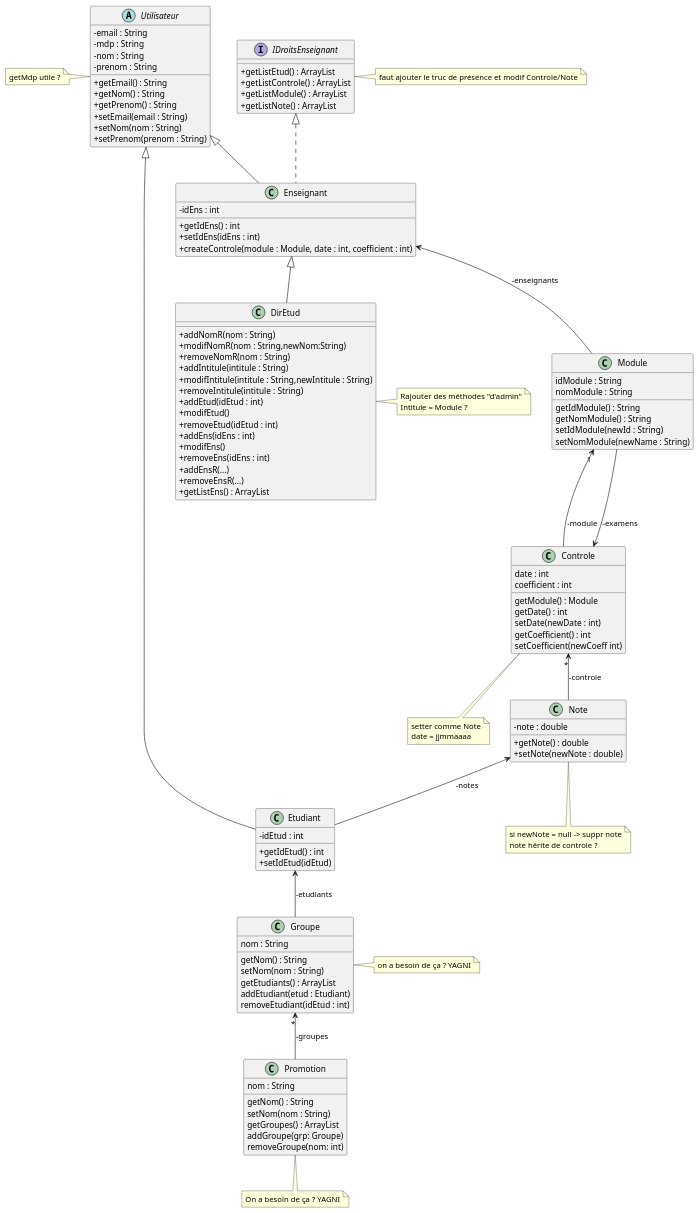
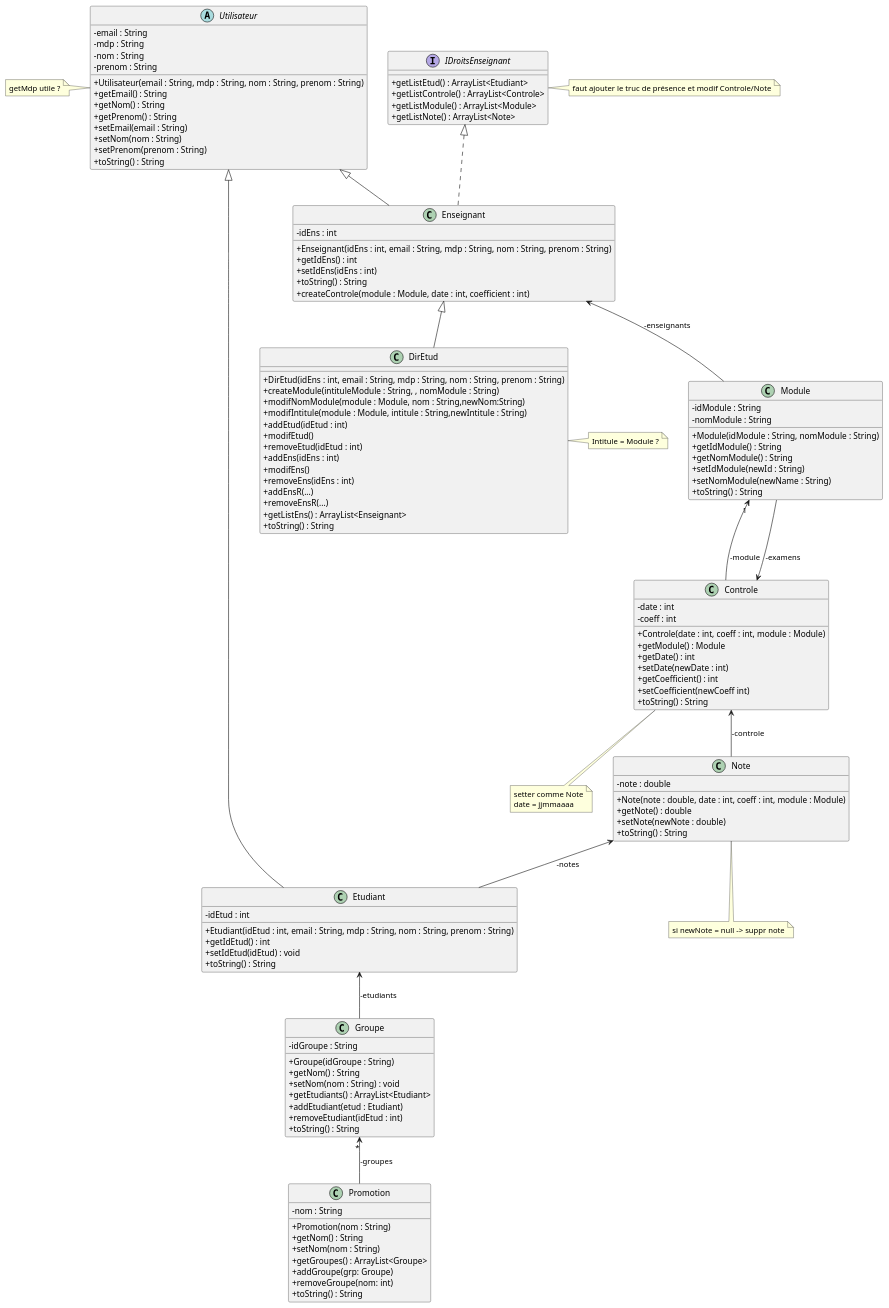
One commit to Lohasta/Kallax changed the diagram in s201_UML.md. Above: the diagram before and after it, drawn with PlantUML.

Commit message:
Update UML

```diff
--- a/s201_UML.md
+++ b/s201_UML.md
@@ -5,45 +5,48 @@
 -mdp : String
 -nom : String
 -prenom : String
++Utilisateur(email : String, mdp : String, nom : String, prenom : String)
 +getEmail() : String
 +getNom() : String
 +getPrenom() : String
 +setEmail(email : String)
 +setNom(nom : String)
 +setPrenom(prenom : String)
++toString() : String
 }
 note left of Utilisateur{
 getMdp utile ?
 }
 interface IDroitsEnseignant{
-+getListEtud() : ArrayList
-+getListControle() : ArrayList
-+getListModule() : ArrayList
-+getListNote() : ArrayList
++getListEtud() : ArrayList<Etudiant>
++getListControle() : ArrayList<Controle>
++getListModule() : ArrayList<Module>
++getListNote() : ArrayList<Note>
 }
 note right of IDroitsEnseignant{
 faut ajouter le truc de présence et modif Controle/Note
 }
 class Etudiant{
 -idEtud : int
++Etudiant(idEtud : int, email : String, mdp : String, nom : String, prenom : String)
 +getIdEtud() : int
-+setIdEtud(idEtud)
++setIdEtud(idEtud) : void
++toString() : String
 }
-
-
 class Enseignant{
 -idEns : int
++Enseignant(idEns : int, email : String, mdp : String, nom : String, prenom : String)
 +getIdEns() : int
 +setIdEns(idEns : int)
++toString() : String
 +createControle(module : Module, date : int, coefficient : int)
+
 }
 class DirEtud{
-+addNomR(nom : String)
-+modifNomR(nom : String,newNom:String)
-+removeNomR(nom : String)
-+addIntitule(intitule : String)
-+modifIntitule(intitule : String,newIntitule : String)
-+removeIntitule(intitule : String)
++DirEtud(idEns : int, email : String, mdp : String, nom : String, prenom : String)
++createModule(intituleModule : String, , nomModule : String)
++modifNomModule(module : Module, nom : String,newNom:String)
++modifIntitule(module : Module, intitule : String,newIntitule : String)
 +addEtud(idEtud : int)
 +modifEtud()
 +removeEtud(idEtud : int)
@@ -52,28 +55,32 @@
 +removeEns(idEns : int)
 +addEnsR(...)
 +removeEnsR(...)
-+getListEns() : ArrayList
++getListEns() : ArrayList<Enseignant>
++toString() : String
 }
 note right of DirEtud{
-Rajouter des méthodes "d'admin"
 Intitule = Module ?
 }
 +class Module{
-idModule : String
-nomModule : String
-getIdModule() : String
-getNomModule() : String
-setIdModule(newId : String)
-setNomModule(newName : String)
+-idModule : String
+-nomModule : String
++Module(idModule : String, nomModule : String)
++getIdModule() : String
++getNomModule() : String
++setIdModule(newId : String)
++setNomModule(newName : String)
++toString() : String
 }
 +class Controle{
-date : int
-coefficient : int
-getModule() : Module
-getDate() : int
-setDate(newDate : int)
-getCoefficient() : int
-setCoefficient(newCoeff int)
+-date : int
+-coeff : int
++Controle(date : int, coeff : int, module : Module)
++getModule() : Module
++getDate() : int
++setDate(newDate : int)
++getCoefficient() : int
++setCoefficient(newCoeff int)
++toString() : String
 }
 note bottom of Controle{
 setter comme Note
@@ -81,34 +88,33 @@
 }
 +class Note{
 -note : double
++Note(note : double, date : int, coeff : int, module : Module)
 +getNote() : double
 +setNote(newNote : double)
++toString() : String
 }
 note bottom of Note{
 si newNote = null -> suppr note
-note hérite de controle ?
 }
 +class Promotion{
-nom : String
-getNom() : String
-setNom(nom : String)
-getGroupes() : ArrayList
-addGroupe(grp: Groupe)
-removeGroupe(nom: int)
-}
-note bottom of Promotion{
-On a besoin de ça ? YAGNI
+-nom : String
++Promotion(nom : String)
++getNom() : String
++setNom(nom : String)
++getGroupes() : ArrayList<Groupe>
++addGroupe(grp: Groupe)
++removeGroupe(nom: int)
++toString() : String
 }
 +class Groupe{
-nom : String
-getNom() : String
-setNom(nom : String)
-getEtudiants() : ArrayList
-addEtudiant(etud : Etudiant)
-removeEtudiant(idEtud : int)
-}
-note right of Groupe{
-on a besoin de ça ? YAGNI
+-idGroupe : String
++Groupe(idGroupe : String)
++getNom() : String
++setNom(nom : String) : void
++getEtudiants() : ArrayList<Etudiant>
++addEtudiant(etud : Etudiant)
++removeEtudiant(idEtud : int)
++toString() : String
 }
 IDroitsEnseignant <|.. Enseignant
 Note " " <-- Etudiant : -notes
@@ -117,8 +123,8 @@
 Enseignant " " <-- Module : -enseignants
 Etudiant " " <-- Groupe: -etudiants
 Groupe "*" <-- Promotion : -groupes
-Controle "*" <-- Note : -controle
 Utilisateur <|-- Etudiant
+Controle " " <-- Note : -controle
 Utilisateur <|-- Enseignant
 Enseignant <|-- DirEtud
 @enduml
```
